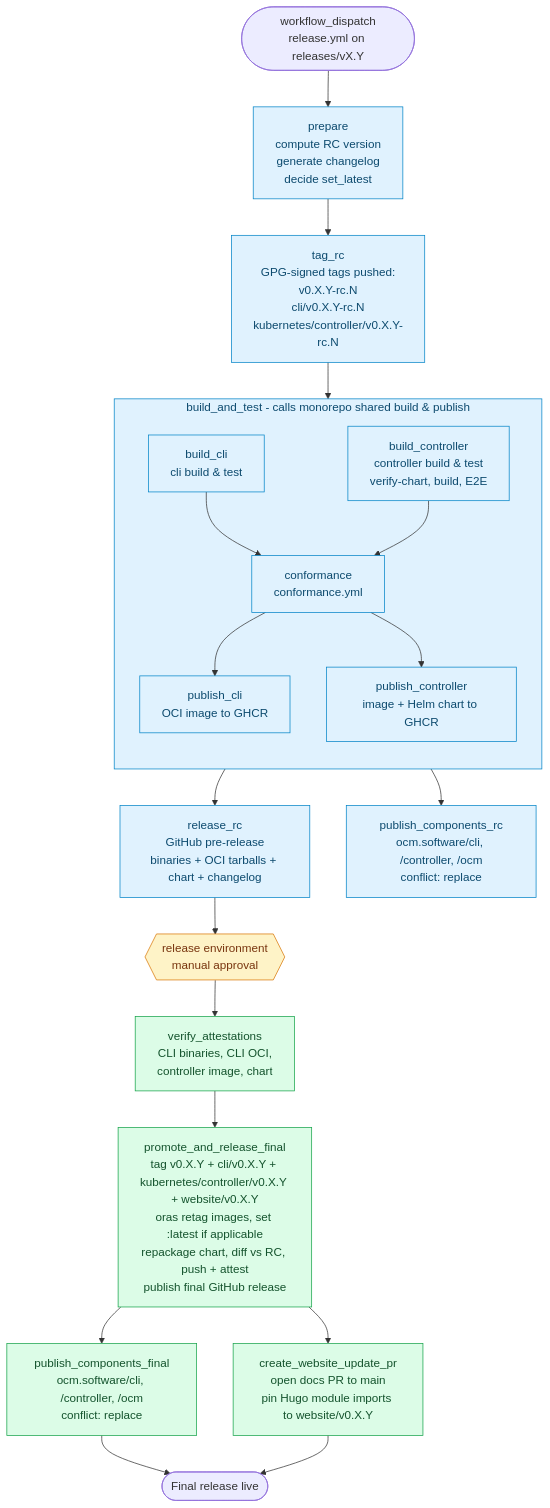
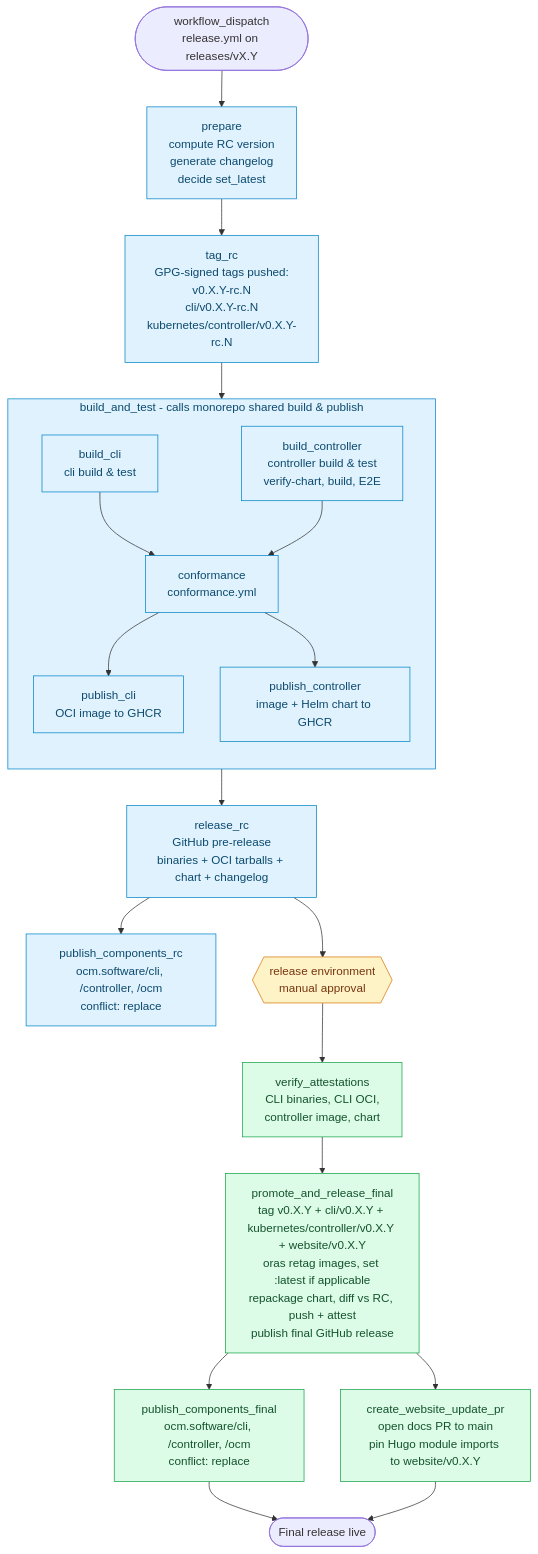
The second of 2 diagrams in RELEASE_PROCESS.md (open-component-model/open-component-model), drawn with Mermaid before and after one commit. The commit also changed 1 other file, not shown here.

Commit message:
fix access type and mermaid diagram in release process doc

````diff
--- a/RELEASE_PROCESS.md
+++ b/RELEASE_PROCESS.md
@@ -58,39 +58,39 @@
 ```mermaid
 flowchart TD
     Start([workflow_dispatch<br/>release.yml on releases/vX.Y])
     Start --> Prepare[prepare<br/>compute RC version<br/>generate changelog<br/>decide set_latest]
     Prepare --> TagRC[tag_rc<br/>GPG-signed tags pushed:<br/>v0.X.Y-rc.N<br/>cli/v0.X.Y-rc.N<br/>kubernetes/controller/v0.X.Y-rc.N]
     TagRC --> Pipeline
 
     subgraph Pipeline["build_and_test - calls monorepo shared build & publish"]
         direction TB
         BuildCLI["build_cli<br/>cli build & test"]
         BuildCtl["build_controller<br/>controller build & test<br/>verify-chart, build, E2E"]
         Conf[conformance<br/>conformance.yml]
         PubCLI[publish_cli<br/>OCI image to GHCR]
         PubCtl[publish_controller<br/>image + Helm chart to GHCR]
 
         BuildCLI --> Conf
         BuildCtl --> Conf
         Conf --> PubCLI
         Conf --> PubCtl
     end
 
     Pipeline --> ReleaseRC[release_rc<br/>GitHub pre-release<br/>binaries + OCI tarballs + chart + changelog]
-    Pipeline --> PubCompRC[publish_components_rc<br/>ocm.software/cli, /controller, /ocm<br/>conflict: replace]
+    ReleaseRC --> PubCompRC[publish_components_rc<br/>ocm.software/cli, /controller, /ocm<br/>conflict: replace]
     ReleaseRC --> Gate{{release environment<br/>manual approval}}
     Gate --> Verify[verify_attestations<br/>CLI binaries, CLI OCI,<br/>controller image, chart]
     Verify --> Promote[promote_and_release_final<br/>tag v0.X.Y + cli/v0.X.Y + kubernetes/controller/v0.X.Y + website/v0.X.Y<br/>oras retag images, set :latest if applicable<br/>repackage chart, diff vs RC, push + attest<br/>publish final GitHub release]
     Promote --> PubCompFinal[publish_components_final<br/>ocm.software/cli, /controller, /ocm<br/>conflict: replace]
     Promote --> WebsiteDocs[create_website_update_pr<br/>open docs PR to main<br/>pin Hugo module imports to website/v0.X.Y]
     PubCompFinal --> End([Final release live])
     WebsiteDocs --> End
 
     classDef rc fill:#e0f2fe,stroke:#0284c7,color:#0c4a6e
     classDef final fill:#dcfce7,stroke:#16a34a,color:#14532d
     classDef gate fill:#fef3c7,stroke:#d97706,color:#78350f
 
     class Prepare,TagRC,Pipeline,ReleaseRC,PubCompRC,BuildCLI,BuildCtl,Conf,PubCLI,PubCtl rc
     class Verify,Promote,PubCompFinal,WebsiteDocs final
     class Gate gate
 ```
````
